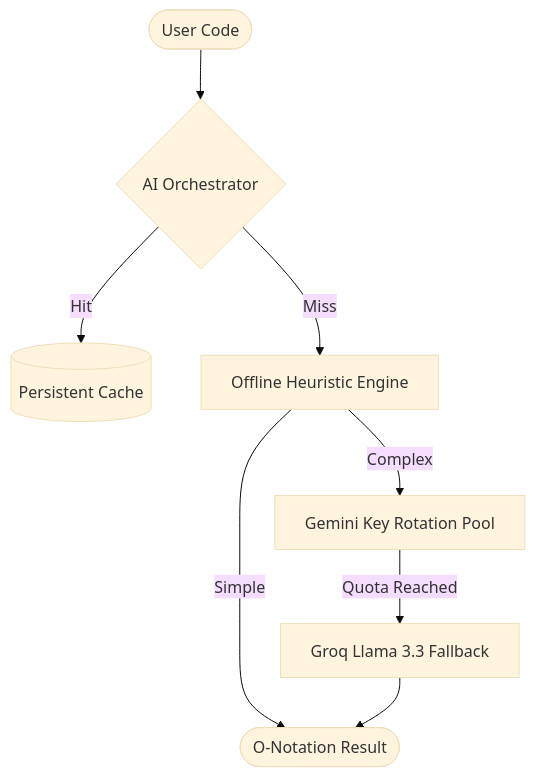
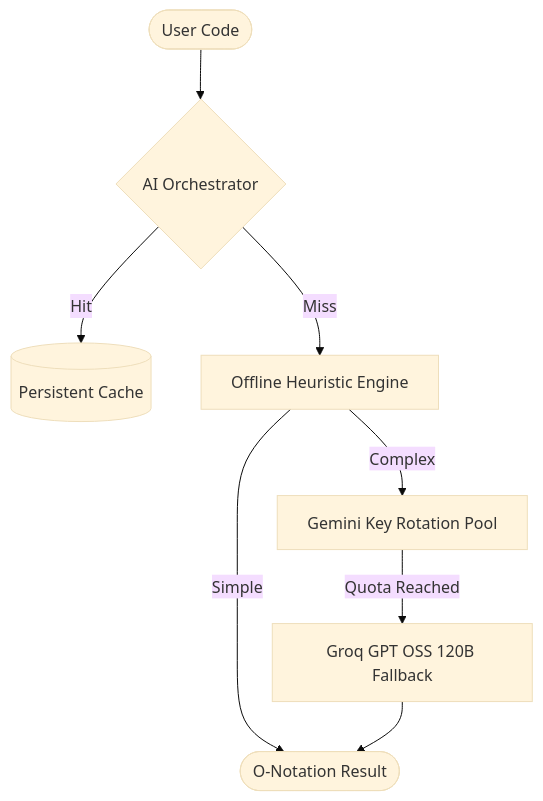
One commit to garg-sushant/TimeComplexityAI changed the diagram in README.md. Above: the diagram before and after it, drawn with Mermaid (base theme). The commit also changed other lines of this file and 19 other files, not shown here.

````diff
--- a/README.md
+++ b/README.md
@@ -14,10 +14,10 @@
 ```mermaid
 graph TD
     User([User Code]) --> Orchestrator{AI Orchestrator}
     Orchestrator -->|Hit| Cache[(Persistent Cache)]
     Orchestrator -->|Miss| Local[Offline Heuristic Engine]
     Local -->|Simple| Result([O-Notation Result])
     Local -->|Complex| GeminiPool[Gemini Key Rotation Pool]
-    GeminiPool -->|Quota Reached| GroqPool[Groq Llama 3.3 Fallback]
+    GeminiPool -->|Quota Reached| GroqPool[Groq GPT OSS 120B Fallback]
     GroqPool --> Result
 ```
````
